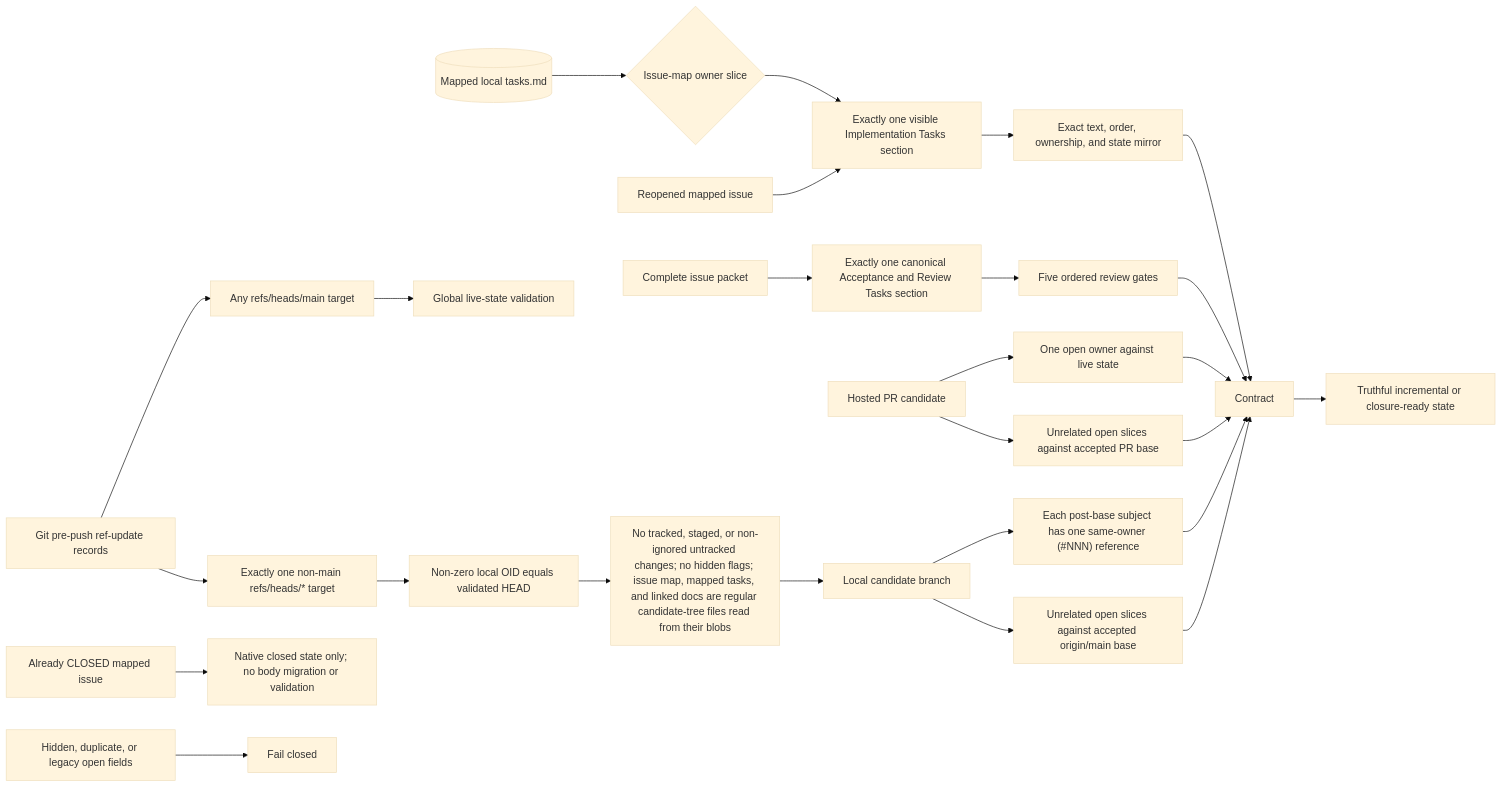
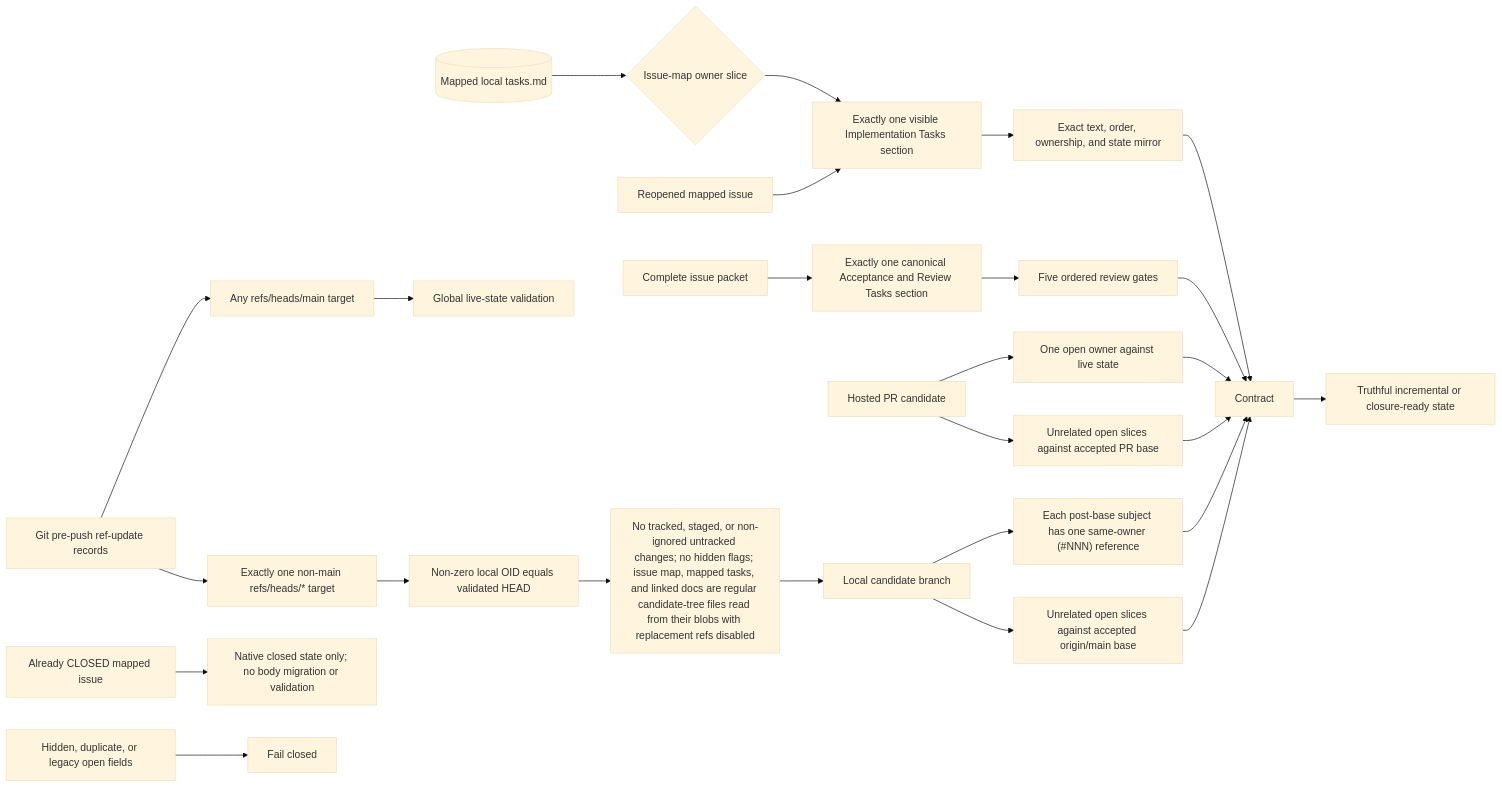
The first of 28 diagrams in docs/v050-release-architecture.md (styler-ai/ProjectAtlas), drawn with Mermaid (base theme) before and after one commit. The commit also changed 6 other files, not shown here.

Commit message:
fix(issueops): disable replacement refs for candidates (#549)

````diff
--- a/docs/v050-release-architecture.md
+++ b/docs/v050-release-architecture.md
@@ -7,28 +7,28 @@
 ```mermaid
 flowchart LR
     LocalTasks[(Mapped local tasks.md)] --> OwnerSlice{Issue-map owner slice}
     OwnerSlice --> Implementation[Exactly one visible Implementation Tasks section]
     IssuePacket[Complete issue packet] --> Acceptance[Exactly one canonical Acceptance and Review Tasks section]
     Implementation --> Sync[Exact text, order, ownership, and state mirror]
     Acceptance --> Gates[Five ordered review gates]
     Sync --> Contract
     Gates --> Contract
     PR[Hosted PR candidate] --> Owner[One open owner against live state]
     PR --> Base[Unrelated open slices against accepted PR base]
     Push[Git pre-push ref-update records] --> MainTarget["Any refs/heads/main target"]
     Push --> CandidateTarget["Exactly one non-main refs/heads/* target"]
     MainTarget --> Global[Global live-state validation]
     CandidateTarget --> CandidateObject["Non-zero local OID equals validated HEAD"]
-    CandidateObject --> CandidateClean["No tracked, staged, or non-ignored untracked changes; no hidden flags; issue map, mapped tasks, and linked docs are regular candidate-tree files read from their blobs"]
+    CandidateObject --> CandidateClean["No tracked, staged, or non-ignored untracked changes; no hidden flags; issue map, mapped tasks, and linked docs are regular candidate-tree files read from their blobs with replacement refs disabled"]
     CandidateClean --> Candidate[Local candidate branch]
     Candidate --> CandidateOwner["Each post-base subject has one same-owner (#NNN) reference"]
     Candidate --> CandidateBase["Unrelated open slices against accepted origin/main base"]
     Owner --> Contract
     Base --> Contract
     CandidateOwner --> Contract
     CandidateBase --> Contract
     Closed[Already CLOSED mapped issue] --> Inert[Native closed state only; no body migration or validation]
     Reopened[Reopened mapped issue] --> Implementation
     Hidden[Hidden, duplicate, or legacy open fields] --> Reject[Fail closed]
     Contract --> Ready[Truthful incremental or closure-ready state]
 ```
````
